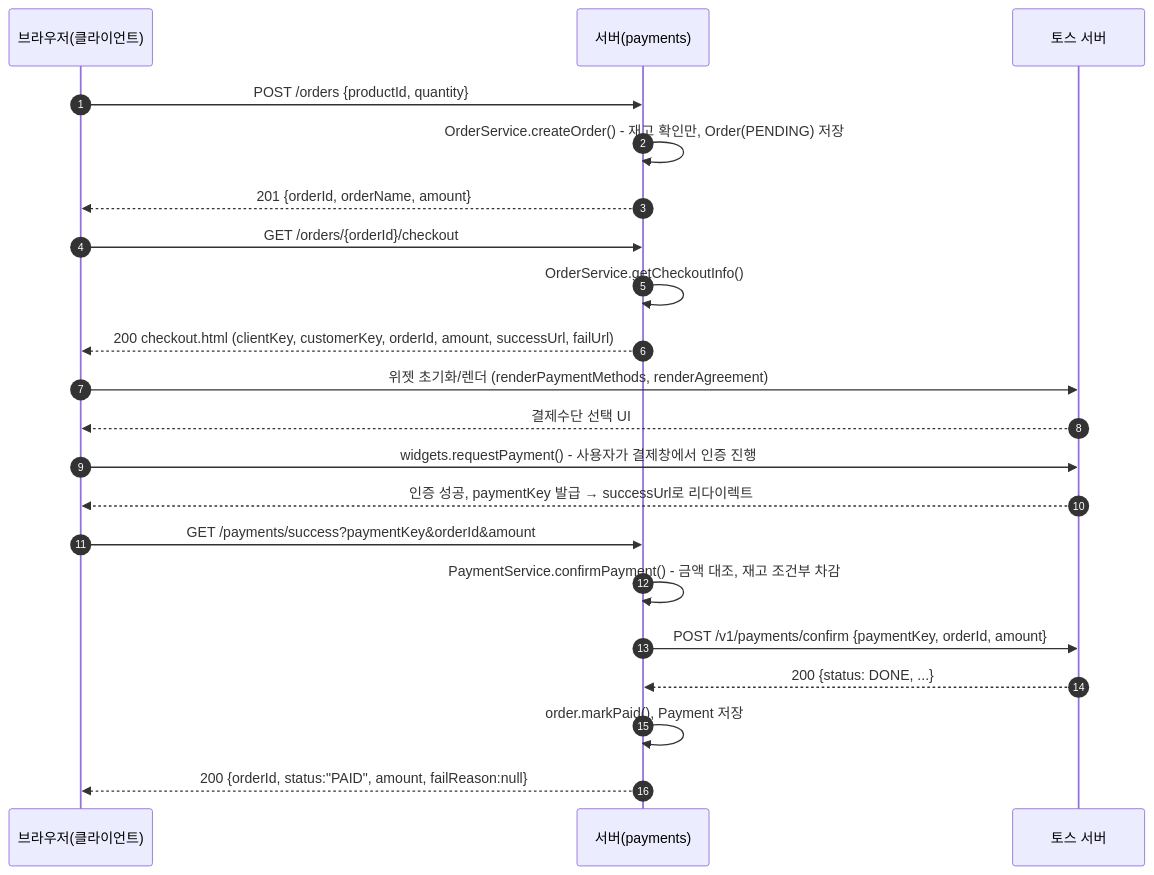
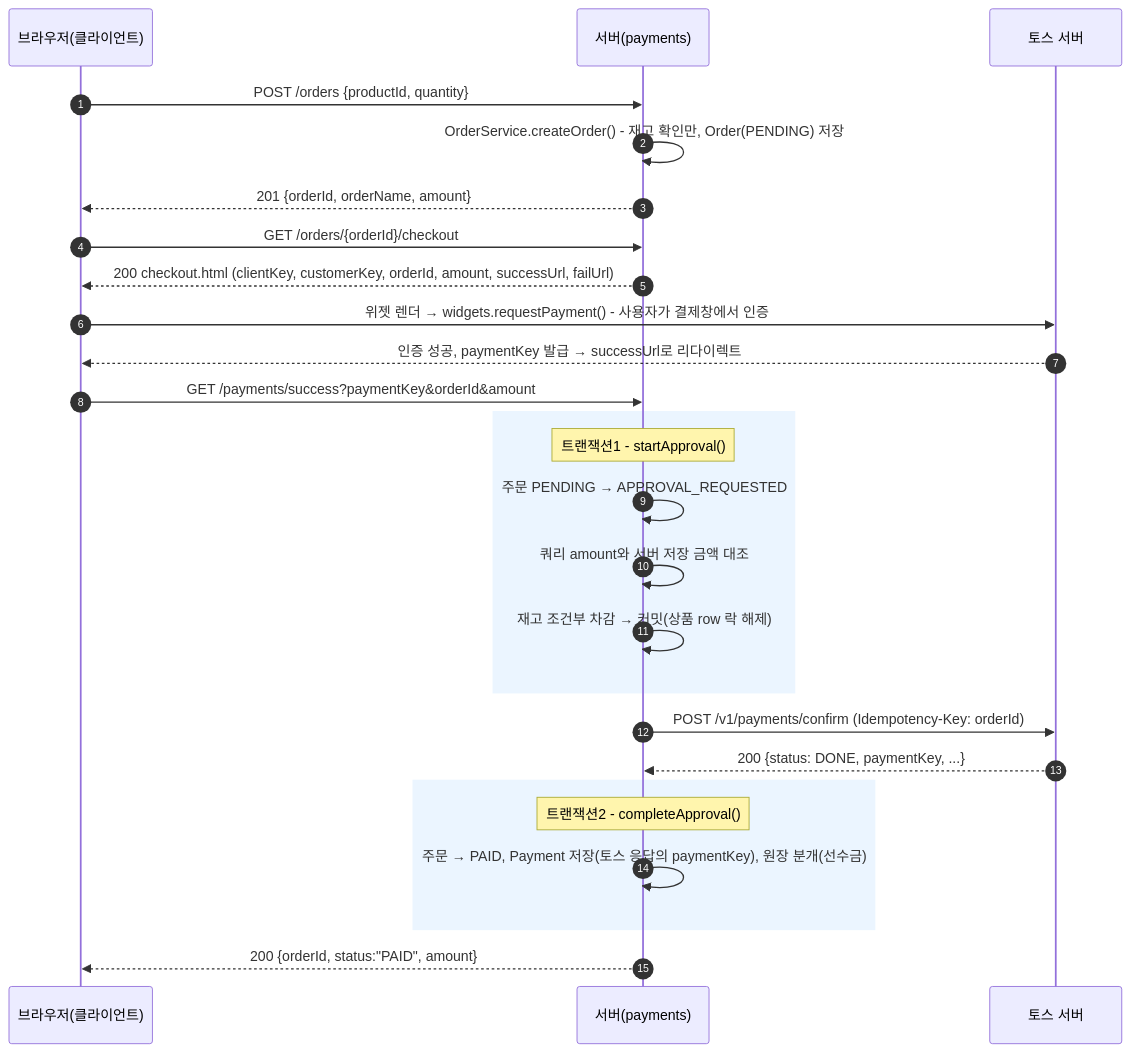
The first of 4 diagrams in docs/payment-flow-sequence.md (ms-ssam/payments), drawn with Mermaid before and after one commit. The commit also changed other lines of this file and 2 other files, not shown here.

Commit message:
문서: 흐름 문서와 README를 트랜잭션 분리·대사 배치 구현에 맞게 갱신

````diff
--- a/docs/payment-flow-sequence.md
+++ b/docs/payment-flow-sequence.md
@@ -7,28 +31,32 @@
 ```mermaid
 sequenceDiagram
     autonumber
     participant B as 브라우저(클라이언트)
     participant S as 서버(payments)
     participant T as 토스 서버
 
     B->>S: POST /orders {productId, quantity}
     S->>S: OrderService.createOrder() - 재고 확인만, Order(PENDING) 저장
     S-->>B: 201 {orderId, orderName, amount}
 
     B->>S: GET /orders/{orderId}/checkout
-    S->>S: OrderService.getCheckoutInfo()
     S-->>B: 200 checkout.html (clientKey, customerKey, orderId, amount, successUrl, failUrl)
 
-    B->>T: 위젯 초기화/렌더 (renderPaymentMethods, renderAgreement)
-    T-->>B: 결제수단 선택 UI
-
-    B->>T: widgets.requestPayment() - 사용자가 결제창에서 인증 진행
+    B->>T: 위젯 렌더 → widgets.requestPayment() - 사용자가 결제창에서 인증
     T-->>B: 인증 성공, paymentKey 발급 → successUrl로 리다이렉트
 
     B->>S: GET /payments/success?paymentKey&orderId&amount
-    S->>S: PaymentService.confirmPayment() - 금액 대조, 재고 조건부 차감
-    S->>T: POST /v1/payments/confirm {paymentKey, orderId, amount}
-    T-->>S: 200 {status: DONE, ...}
-    S->>S: order.markPaid(), Payment 저장
-    S-->>B: 200 {orderId, status:"PAID", amount, failReason:null}
+    rect rgb(235, 245, 255)
+    Note over S: 트랜잭션1 - startApproval()
+    S->>S: 주문 PENDING → APPROVAL_REQUESTED
+    S->>S: 쿼리 amount와 서버 저장 금액 대조
+    S->>S: 재고 조건부 차감 → 커밋(상품 row 락 해제)
+    end
+    S->>T: POST /v1/payments/confirm (Idempotency-Key: orderId)
+    T-->>S: 200 {status: DONE, paymentKey, ...}
+    rect rgb(235, 245, 255)
+    Note over S: 트랜잭션2 - completeApproval()
+    S->>S: 주문 → PAID, Payment 저장(토스 응답의 paymentKey), 원장 분개(선수금)
+    end
+    S-->>B: 200 {orderId, status:"PAID", amount}
 ```
````
